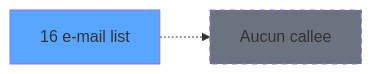
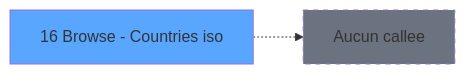
One commit to thonyAGP/lecteur-magic changed the fourth of 4 diagrams in .openspec/specs/ADH-IDE-16.md. Above: the diagram before and after it, drawn with Mermaid. The commit also changed other lines of this file and 493 other files, not shown here.

````diff
--- a/.openspec/specs/ADH-IDE-16.md
+++ b/.openspec/specs/ADH-IDE-16.md
@@ -126,8 +884,8 @@
 ```mermaid
 graph LR
-    T16[16 e-mail list]
+    T16[16 Browse - Countries iso]
     style T16 fill:#58a6ff
     NONE[Aucun callee]
     T16 -.-> NONE
     style NONE fill:#6b7280,stroke-dasharray: 5 5
 ```
````
